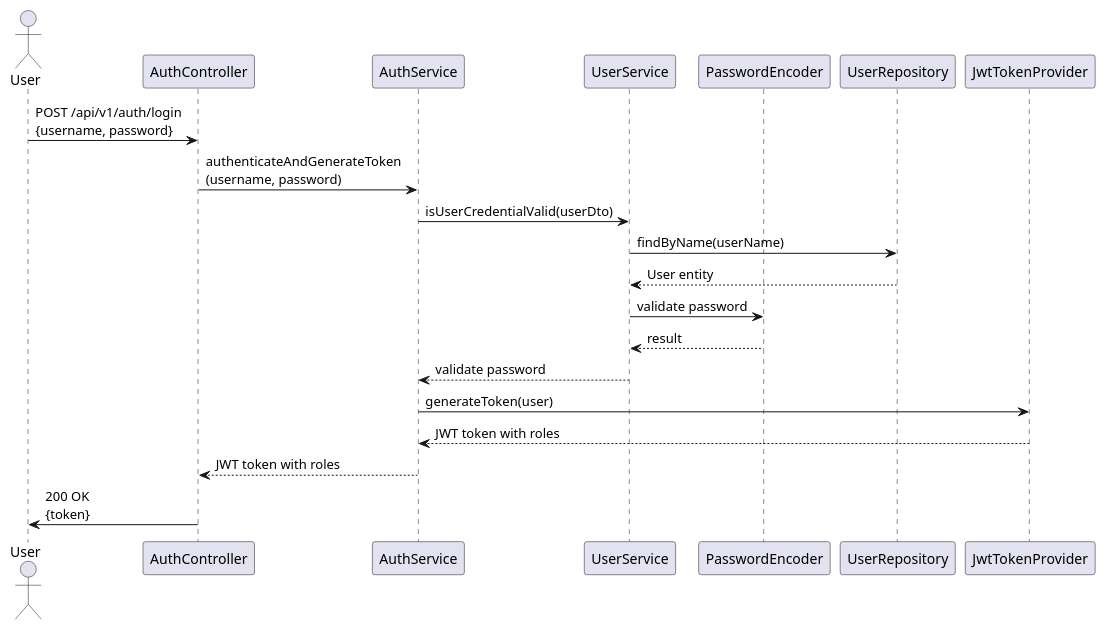
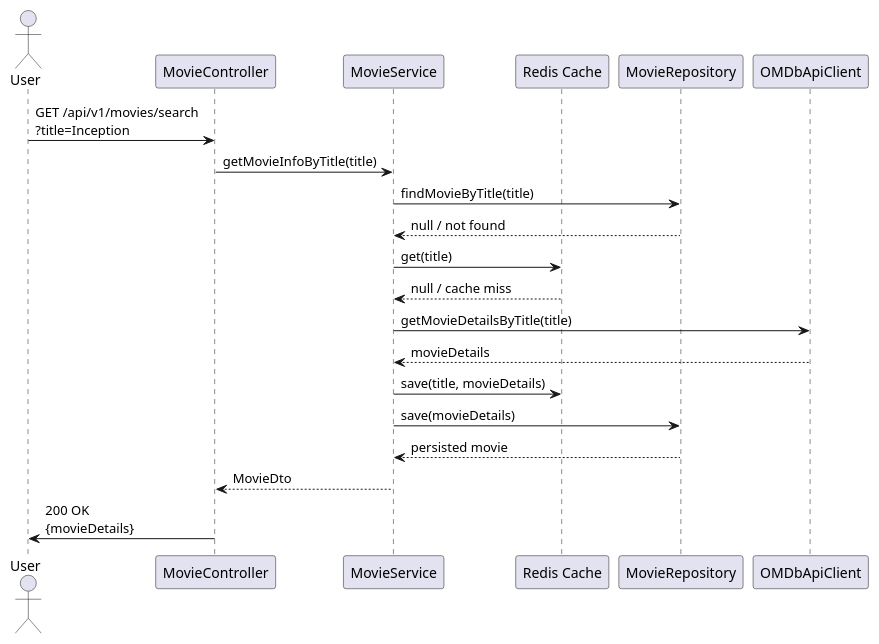
One commit to ImShakthi/CineMetrics changed the diagram in docs/sequence-diagram/movie-details-journey.puml. Above: the diagram before and after it, drawn with PlantUML. The commit also changed 3 other files, not shown here.

Commit message:
add sequence diagram for movie details flow

```diff
--- a/docs/sequence-diagram/movie-details-journey.puml
+++ b/docs/sequence-diagram/movie-details-journey.puml
@@ -1,24 +1,26 @@
 @startuml
 actor User
-participant "AuthController" as Controller
-participant "AuthService" as Service
-participant "UserService" as UserService
-participant "PasswordEncoder" as PasswordEncoder
-participant "UserRepository" as Repo
-participant "JwtTokenProvider" as JWT
+participant "MovieController" as Controller
+participant "MovieService" as Service
+participant "Redis Cache" as Redis
+participant "MovieRepository" as Repo
+participant "OMDbApiClient" as ApiClient
 
+User -> Controller: GET /api/v1/movies/search\n?title=Inception
+Controller -> Service: getMovieInfoByTitle(title)
+Service -> Repo: findMovieByTitle(title)
+Repo --> Service: null / not found
 
-User -> Controller: POST /api/v1/auth/login\n{username, password}
-Controller -> Service: authenticateAndGenerateToken\n(username, password)
-Service -> UserService: isUserCredentialValid(userDto)
-UserService -> Repo: findByName(userName)
-Repo --> "UserService": User entity
-"UserService" -> "PasswordEncoder" : validate password
-"UserService" <-- "PasswordEncoder" :  result
-"UserService" --> Service: validate password
-Service -> JWT: generateToken(user)
-JWT --> Service: JWT token with roles
-Service --> Controller: JWT token with roles
-Controller -> User: 200 OK\n{token}
+Service -> Redis: get(title)
+Redis --> Service: null / cache miss
 
+Service -> ApiClient: getMovieDetailsByTitle(title)
+ApiClient --> Service: movieDetails
+Service -> Redis: save(title, movieDetails)
+
+Service -> Repo: save(movieDetails)
+Repo --> Service: persisted movie
+
+Service --> Controller: MovieDto
+Controller -> User: 200 OK\n{movieDetails}
 @enduml
```
